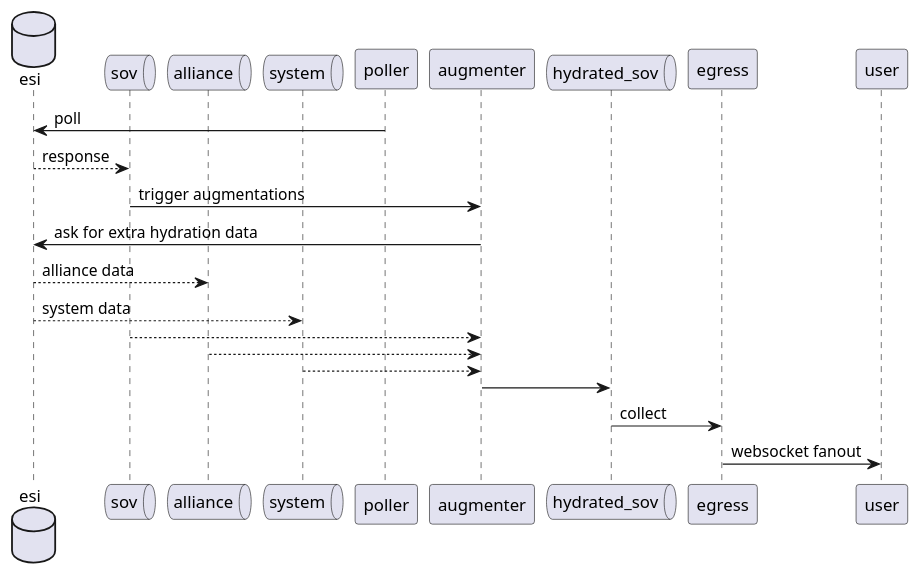
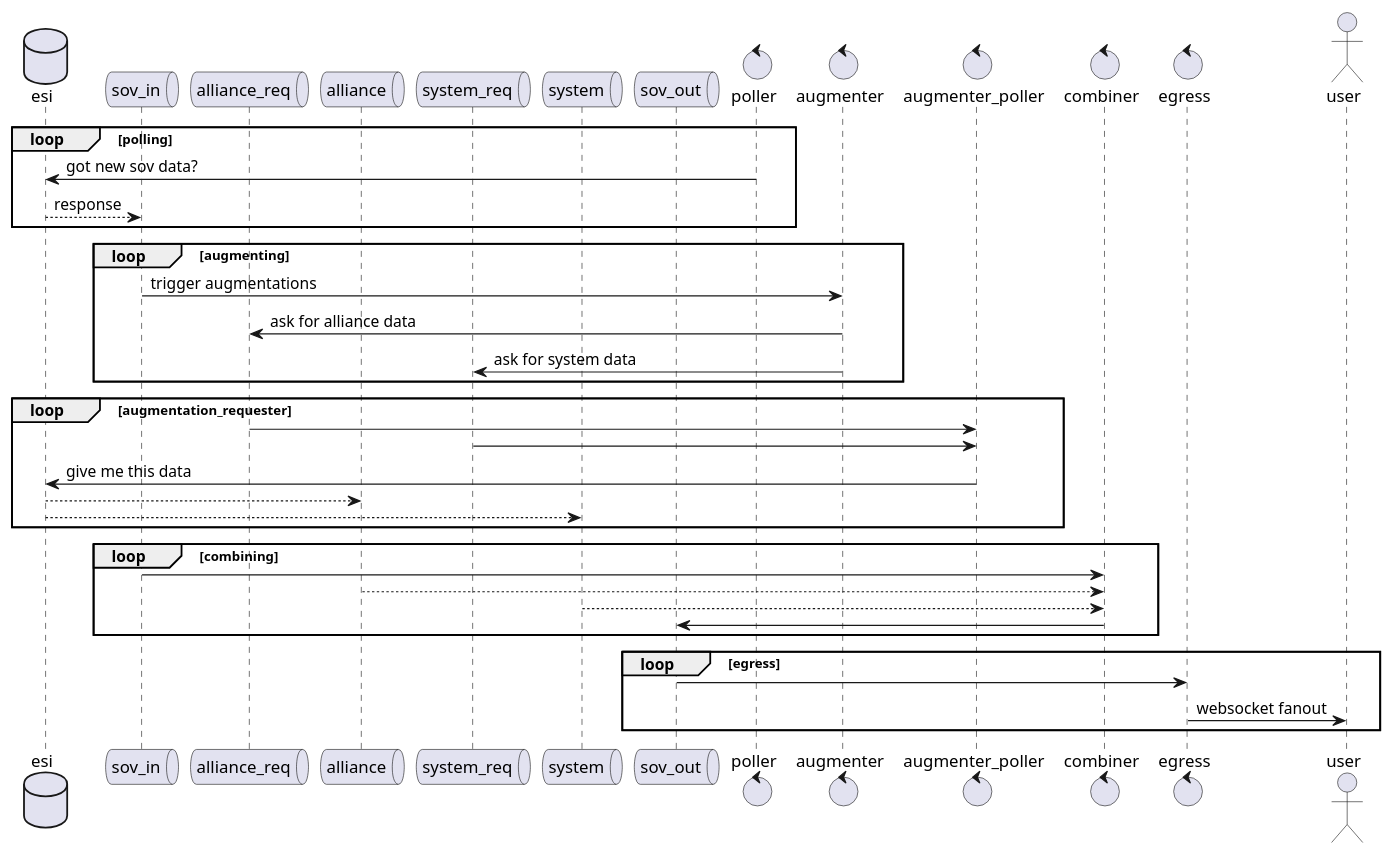
Before and after one commit to andimiller/timerboard-net-backend-kafka: the diagram in docs/architecture.md, drawn with PlantUML.

Commit message:
break out even more processes in architecture

```diff
--- a/docs/architecture.md
+++ b/docs/architecture.md
@@ -7,28 +7,52 @@
 @startuml
 
 database esi
 
-queue sov
+queue sov_in
+queue alliance_req
 queue alliance
+queue system_req
 queue system
+queue sov_out
 
-poller -> esi : poll
-esi --> sov : response
-sov -> augmenter : trigger augmentations
-augmenter -> esi : ask for extra hydration data
-esi --> alliance : alliance data
-esi --> system : system data
+control poller
+control augmenter
+control augmenter_poller
+control combiner
+control egress
 
-sov --> augmenter
-alliance --> augmenter
-system --> augmenter
+actor user
 
-queue hydrated_sov
 
-augmenter -> hydrated_sov
+loop polling
+poller -> esi: got new sov data?
+esi --> sov_in : response
+end
 
-hydrated_sov -> egress : collect
+loop augmenting
+sov_in -> augmenter : trigger augmentations
+augmenter -> alliance_req: ask for alliance data
+augmenter -> system_req: ask for system data 
+end
 
-egress -> user : websocket fanout
+loop augmentation_requester
+augmenter_poller <- alliance_req
+augmenter_poller <- system_req
+augmenter_poller -> esi: give me this data
+esi --> alliance
+esi --> system
+end
+
+loop combining
+sov_in -> combiner
+alliance --> combiner
+system --> combiner
+combiner -> sov_out
+end
+
+loop egress
+sov_out -> egress
+egress -> user: websocket fanout
+end
 
 @enduml
```
